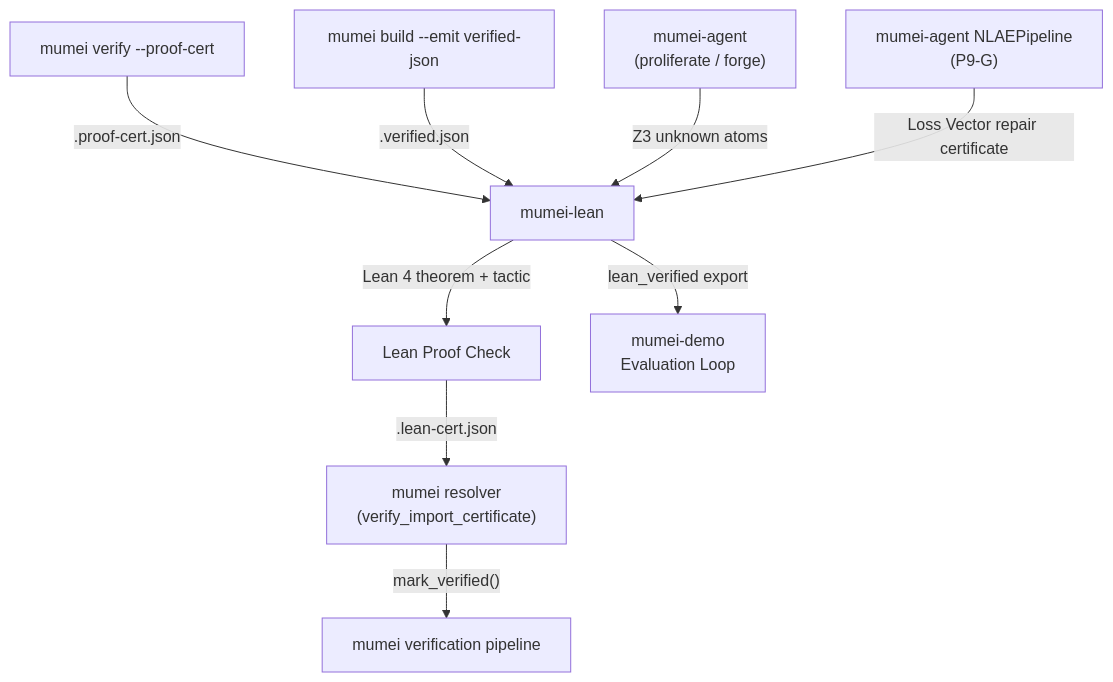
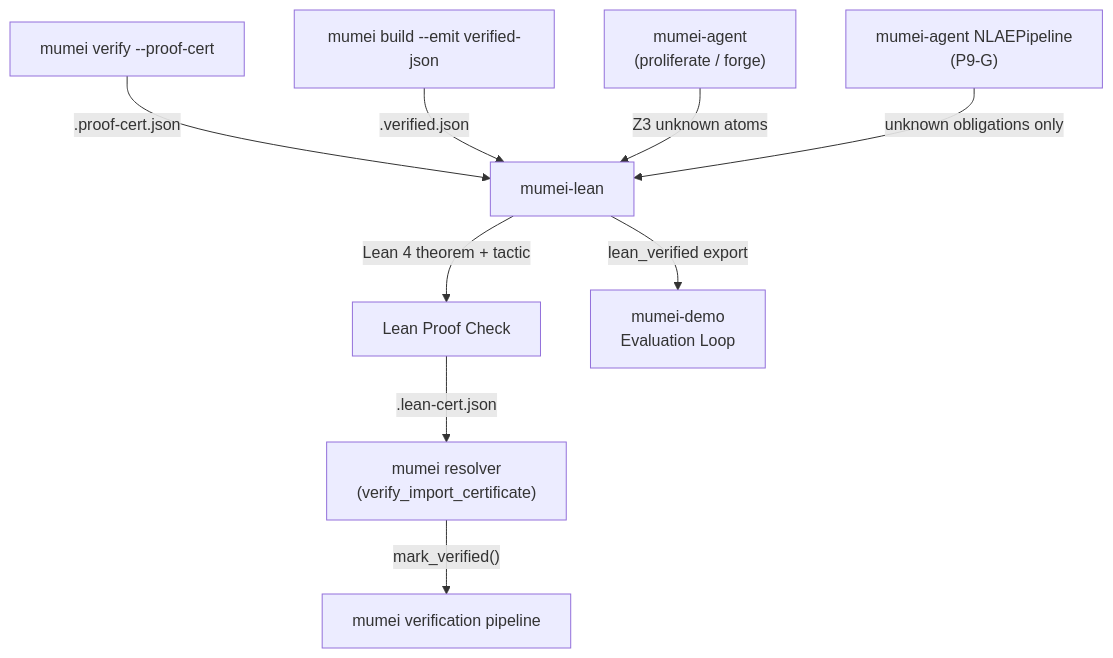
Before and after one commit to mumei-lang/mumei-lean: the first of 2 diagrams in docs/ARCHITECTURE.md, drawn with Mermaid. The commit also changed other lines of this file and 4 other files, not shown here.

Commit message:
Document unknown-only Lean bridge contract

````diff
--- a/docs/ARCHITECTURE.md
+++ b/docs/ARCHITECTURE.md
@@ -9,11 +9,11 @@
 ```mermaid
 graph TD
     M["mumei verify --proof-cert"] -->|".proof-cert.json"| ML["mumei-lean"]
     M2["mumei build --emit verified-json"] -->|".verified.json"| ML
     ML -->|"Lean 4 theorem + tactic"| LP["Lean Proof Check"]
     LP -->|".lean-cert.json"| MR["mumei resolver\n(verify_import_certificate)"]
     MR -->|"mark_verified()"| MV["mumei verification pipeline"]
     AG["mumei-agent\n(proliferate / forge)"] -->|"Z3 unknown atoms"| ML
-    NLAE["mumei-agent NLAEPipeline\n(P9-G)"] -->|"Loss Vector repair certificate"| ML
+    NLAE["mumei-agent NLAEPipeline\n(P9-G)"] -->|"unknown obligations only"| ML
     ML -->|"lean_verified export"| DEMO["mumei-demo\nEvaluation Loop"]
 ```
````
